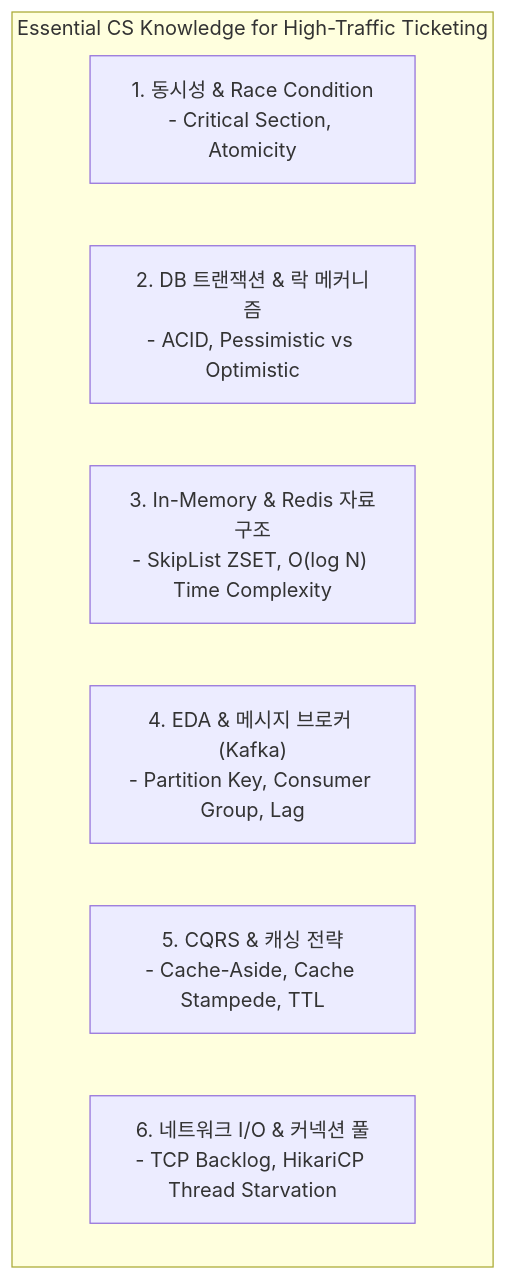
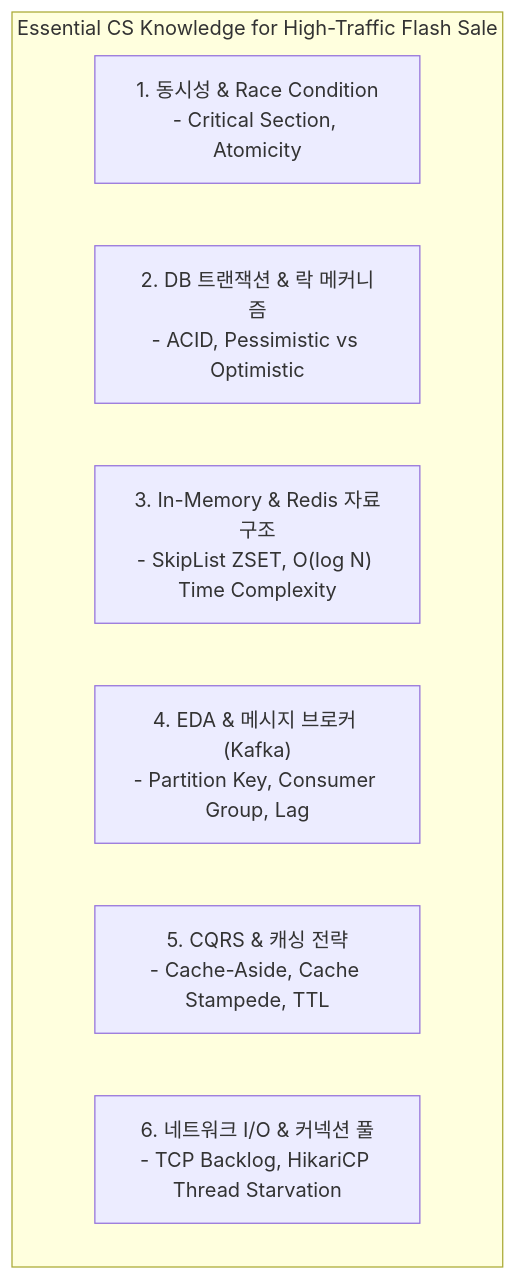
The first of 5 diagrams in docs/00_MASTER_CS_AND_ARCHITECTURE_WHITEPAPER.md (TWentCEO/wevers_toy_project), drawn with Mermaid before and after one commit. The commit also changed other lines of this file and 12 other files, not shown here.

Commit message:
docs: 프로젝트 도메인 용어 정제 (티켓팅/예매 -> 대규모 선착순 한정판 구매 Flash Sale) 및 Grafana 대시보드 파일 추가

````diff
--- a/docs/00_MASTER_CS_AND_ARCHITECTURE_WHITEPAPER.md
+++ b/docs/00_MASTER_CS_AND_ARCHITECTURE_WHITEPAPER.md
@@ -23,11 +23,11 @@
 ```mermaid
 graph TD
-    subgraph "Essential CS Knowledge for High-Traffic Ticketing"
+    subgraph "Essential CS Knowledge for High-Traffic Flash Sale"
         CS1["1. 동시성 & Race Condition<br>- Critical Section, Atomicity"]
         CS2["2. DB 트랜잭션 & 락 메커니즘<br>- ACID, Pessimistic vs Optimistic"]
         CS3["3. In-Memory & Redis 자료구조<br>- SkipList ZSET, O(log N) Time Complexity"]
         CS4["4. EDA & 메시지 브로커 (Kafka)<br>- Partition Key, Consumer Group, Lag"]
         CS5["5. CQRS & 캐싱 전략<br>- Cache-Aside, Cache Stampede, TTL"]
         CS6["6. 네트워크 I/O & 커넥션 풀<br>- TCP Backlog, HikariCP Thread Starvation"]
     end
 ```
````
